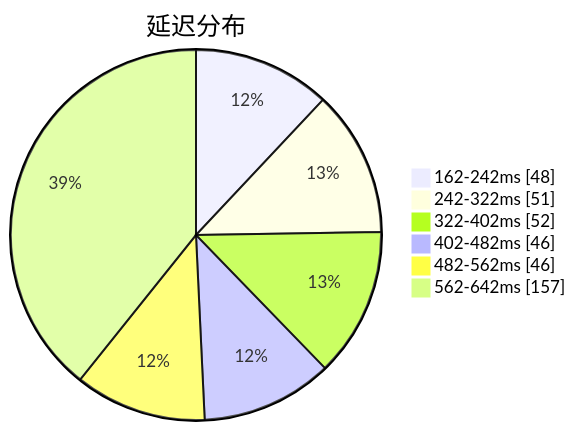
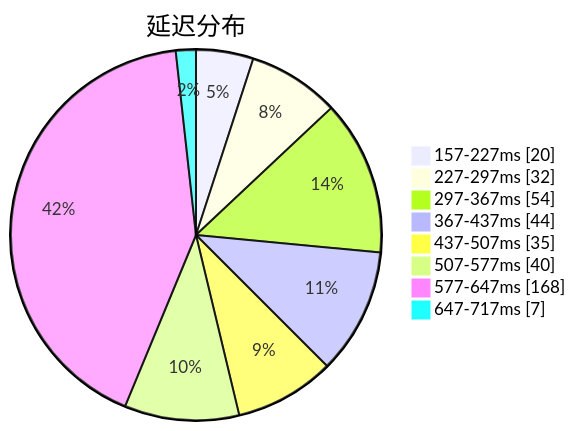
Before and after one commit to qjlxg/airport: the first of 3 diagrams in subs/statistics/tested_within.md, drawn with Mermaid. The commit also changed other lines of this file and 2 other files, not shown here.

````diff
--- a/subs/statistics/tested_within.md
+++ b/subs/statistics/tested_within.md
@@ -2,10 +2,12 @@
 ```mermaid
 pie showData
 title 延迟分布
-"162-242ms" : 48
-"242-322ms" : 51
-"322-402ms" : 52
-"402-482ms" : 46
-"482-562ms" : 46
-"562-642ms" : 157
+"157-227ms" : 20
+"227-297ms" : 32
+"297-367ms" : 54
+"367-437ms" : 44
+"437-507ms" : 35
+"507-577ms" : 40
+"577-647ms" : 168
+"647-717ms" : 7
 ```
````
